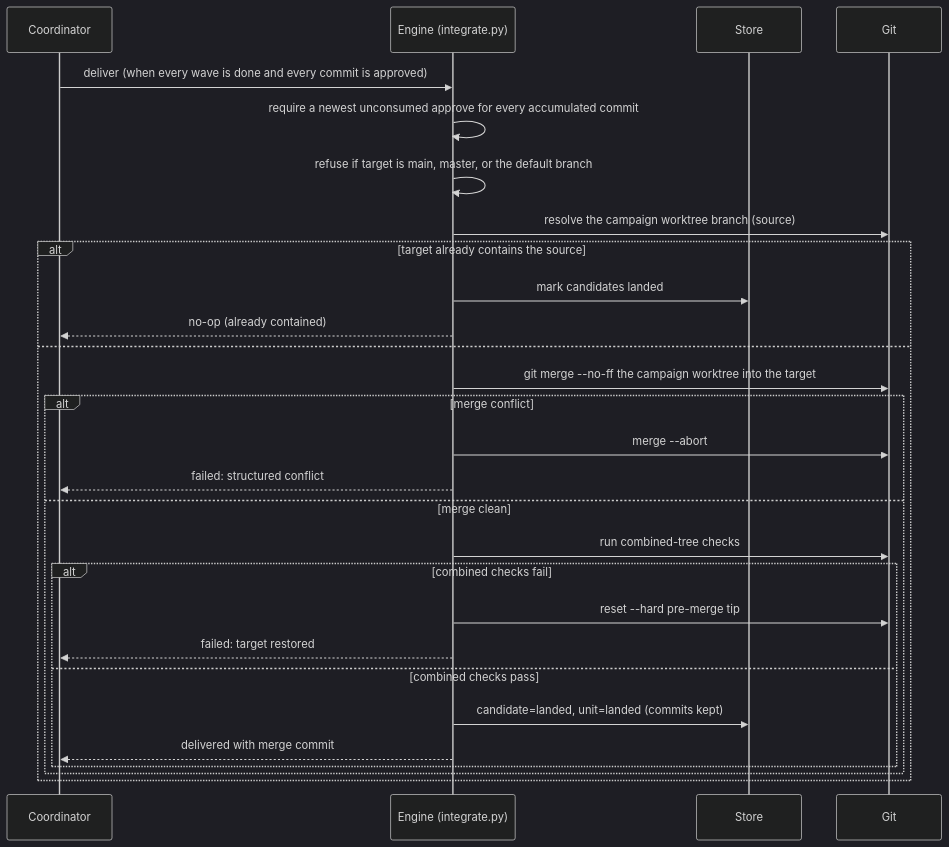
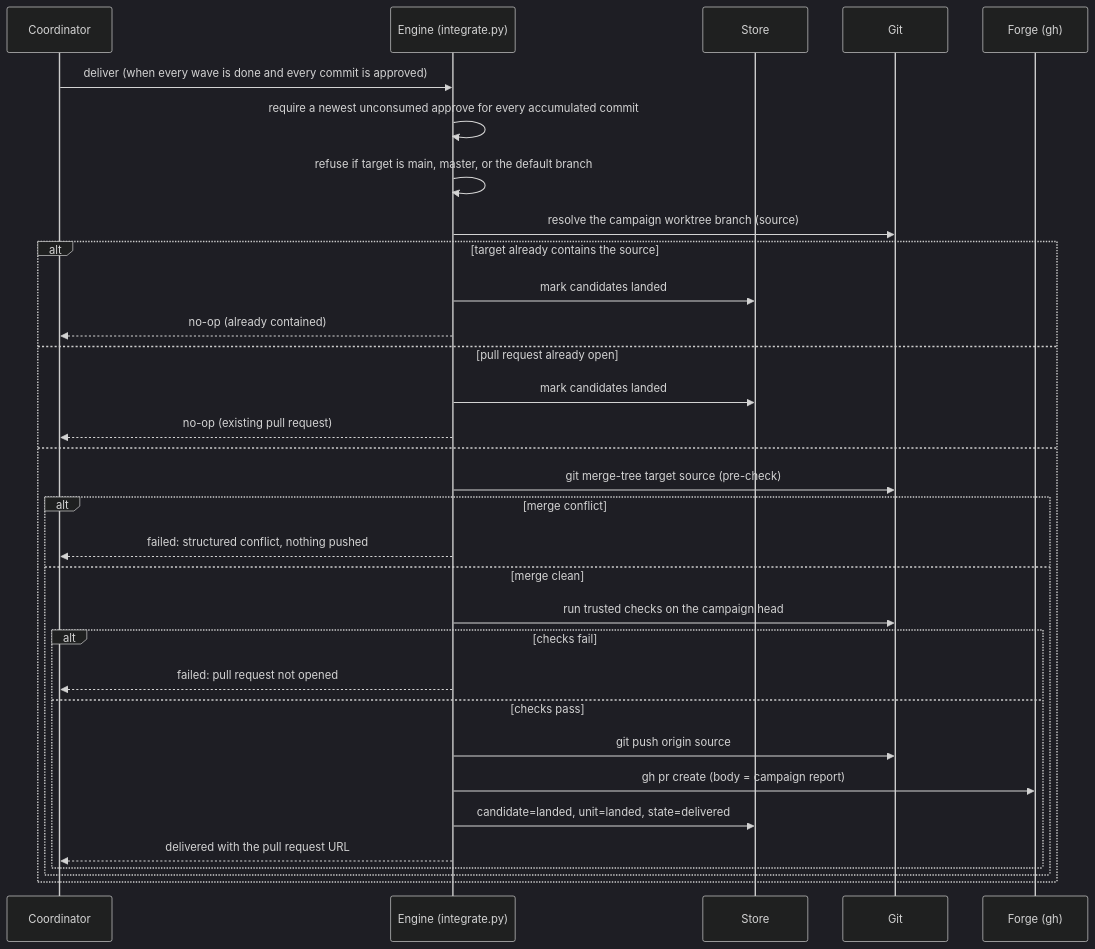
Before and after one commit to ming6ao/sliceme: the eighth of 10 diagrams in docs/architecture.md, drawn with Mermaid (dark theme). The commit also changed other lines of this file and 28 other files, not shown here.

First line of the commit message:
feat(deliver)!: open a pull request instead of merging locally

````diff
--- a/docs/architecture.md
+++ b/docs/architecture.md
@@ -332,31 +332,35 @@
 ```mermaid
 sequenceDiagram
   participant C as Coordinator
   participant E as Engine (integrate.py)
   participant D as Store
   participant G as Git
+  participant F as Forge (gh)
 
   C->>E: deliver (when every wave is done and every commit is approved)
   E->>E: require a newest unconsumed approve for every accumulated commit
   E->>E: refuse if target is main, master, or the default branch
   E->>G: resolve the campaign worktree branch (source)
   alt target already contains the source
     E->>D: mark candidates landed
     E-->>C: no-op (already contained)
+  else pull request already open
+    E->>D: mark candidates landed
+    E-->>C: no-op (existing pull request)
   else
-    E->>G: git merge --no-ff the campaign worktree into the target
+    E->>G: git merge-tree target source (pre-check)
     alt merge conflict
-      E->>G: merge --abort
-      E-->>C: failed: structured conflict
+      E-->>C: failed: structured conflict, nothing pushed
     else merge clean
-      E->>G: run combined-tree checks
-      alt combined checks fail
-        E->>G: reset --hard pre-merge tip
-        E-->>C: failed: target restored
-      else combined checks pass
-        E->>D: candidate=landed, unit=landed (commits kept)
-        E-->>C: delivered with merge commit
+      E->>G: run trusted checks on the campaign head
+      alt checks fail
+        E-->>C: failed: pull request not opened
+      else checks pass
+        E->>G: git push origin source
+        E->>F: gh pr create (body = campaign report)
+        E->>D: candidate=landed, unit=landed, state=delivered
+        E-->>C: delivered with the pull request URL
       end
     end
   end
 ```
````
